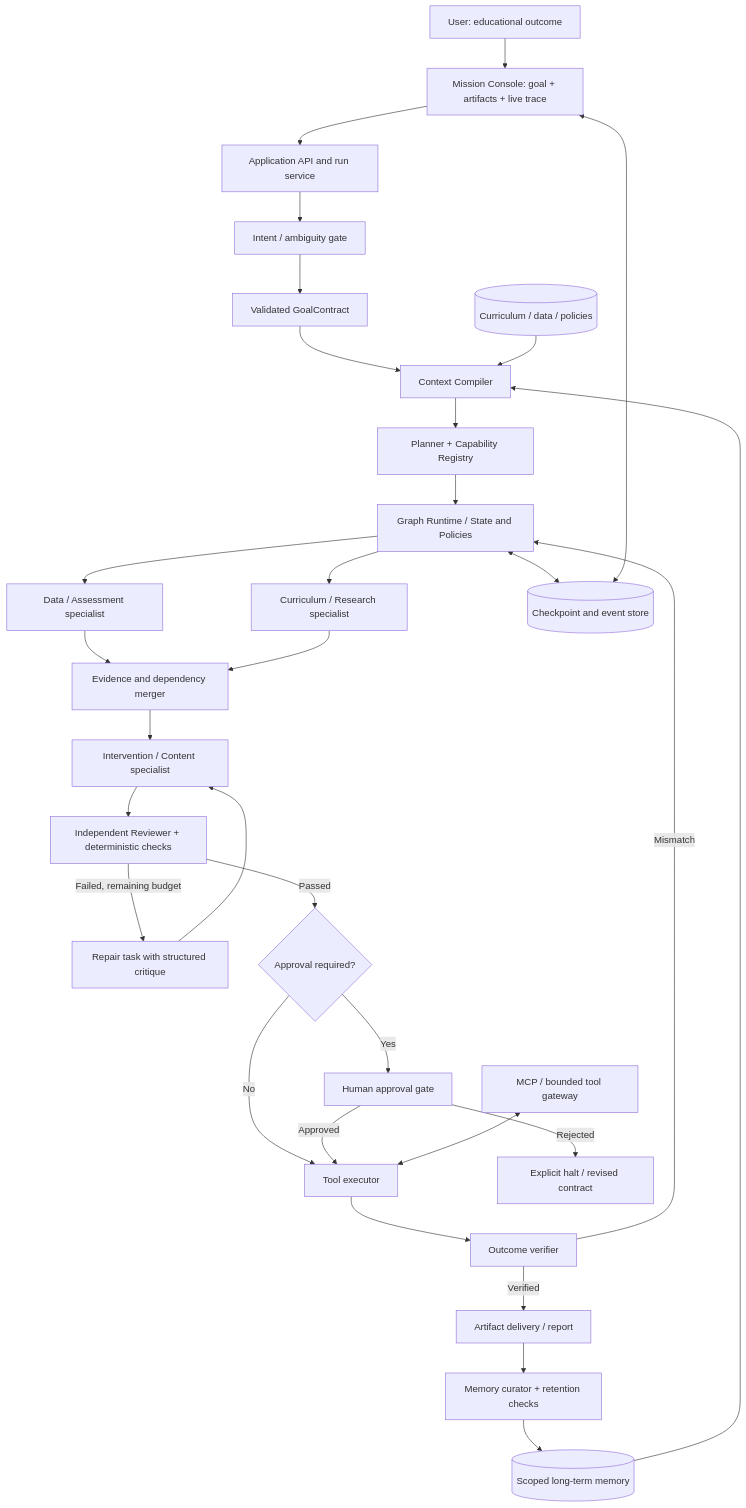
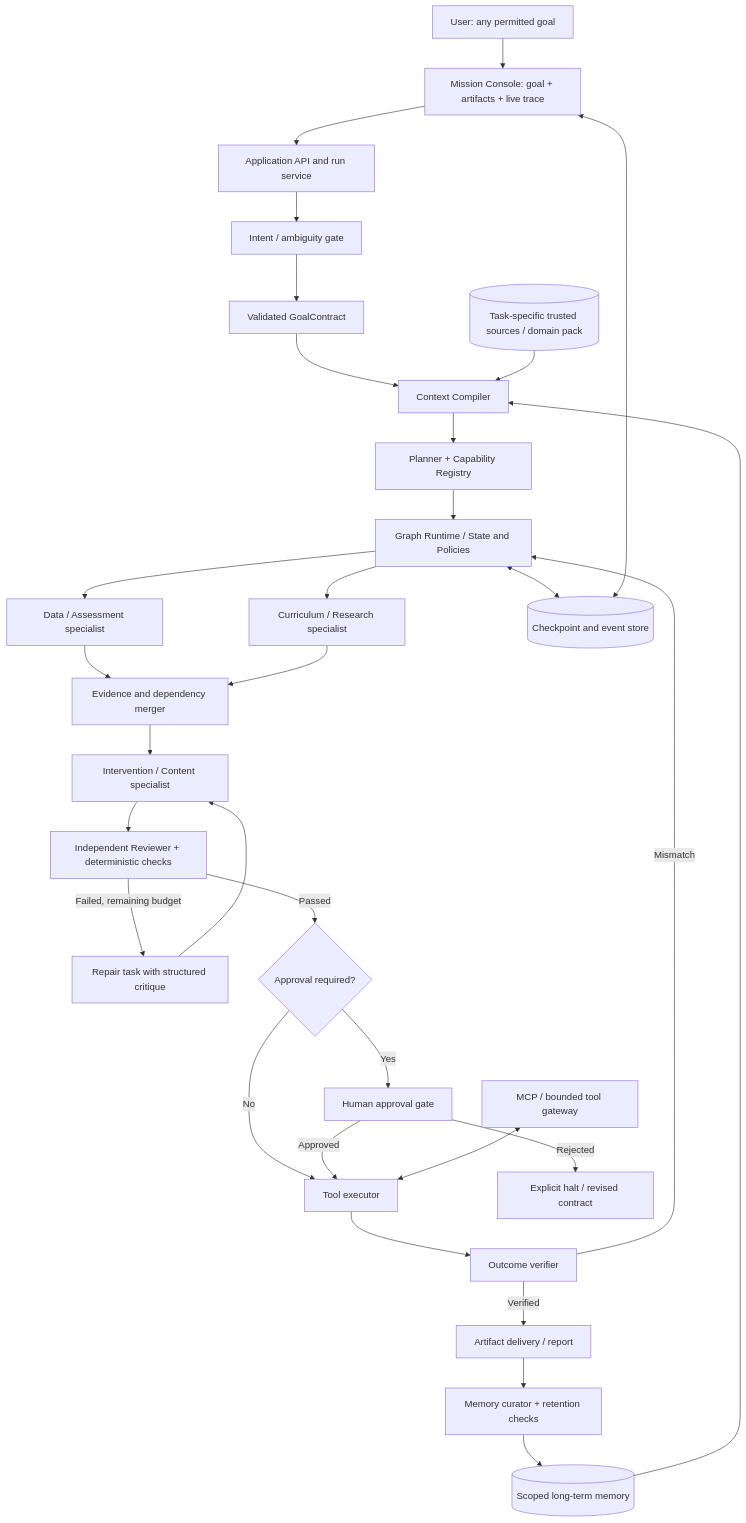
One commit to LethaboMH14/T.A.C.E changed the diagram in docs/01-reference-architecture.md. Above: the diagram before and after it, drawn with Mermaid. The commit also changed other lines of this file, not shown here.

Commit message:
docs: align docs/01-reference-architecture.md with universal engine scope v0.2

```diff
--- a/docs/01-reference-architecture.md
+++ b/docs/01-reference-architecture.md
@@ -12,33 +14,33 @@
 ~~~mermaid
 flowchart TD
- U[User: educational outcome] --> UI[Mission Console: goal + artifacts + live trace]
+ U[User: any permitted goal] --> UI[Mission Console: goal + artifacts + live trace]
  UI --> API[Application API and run service]
  API --> I[Intent / ambiguity gate]
  I --> C[Validated GoalContract]
  C --> X[Context Compiler]
  X --> P[Planner + Capability Registry]
  P --> G[Graph Runtime / State and Policies]
  G --> W1[Data / Assessment specialist]
  G --> W2[Curriculum / Research specialist]
  W1 --> M[Evidence and dependency merger]
  W2 --> M
  M --> W3[Intervention / Content specialist]
  W3 --> V[Independent Reviewer + deterministic checks]
  V -->|Failed, remaining budget| R[Repair task with structured critique]
  R --> W3
  V -->|Passed| A{Approval required?}
  A -->|Yes| H[Human approval gate]
  A -->|No| E[Tool executor]
  H -->|Approved| E
  H -->|Rejected| END[Explicit halt / revised contract]
  E --> O[Outcome verifier]
  O -->|Mismatch| G
  O -->|Verified| D[Artifact delivery / report]
  D --> Q[Memory curator + retention checks]
  Q --> DB[(Scoped long-term memory)]
- SRC[(Curriculum / data / policies)] --> X
+ SRC[(Task-specific trusted sources / domain pack)] --> X
  DB --> X
  T[MCP / bounded tool gateway] <--> E
  G <--> CHK[(Checkpoint and event store)]
  UI <--> CHK
 ~~~
```
